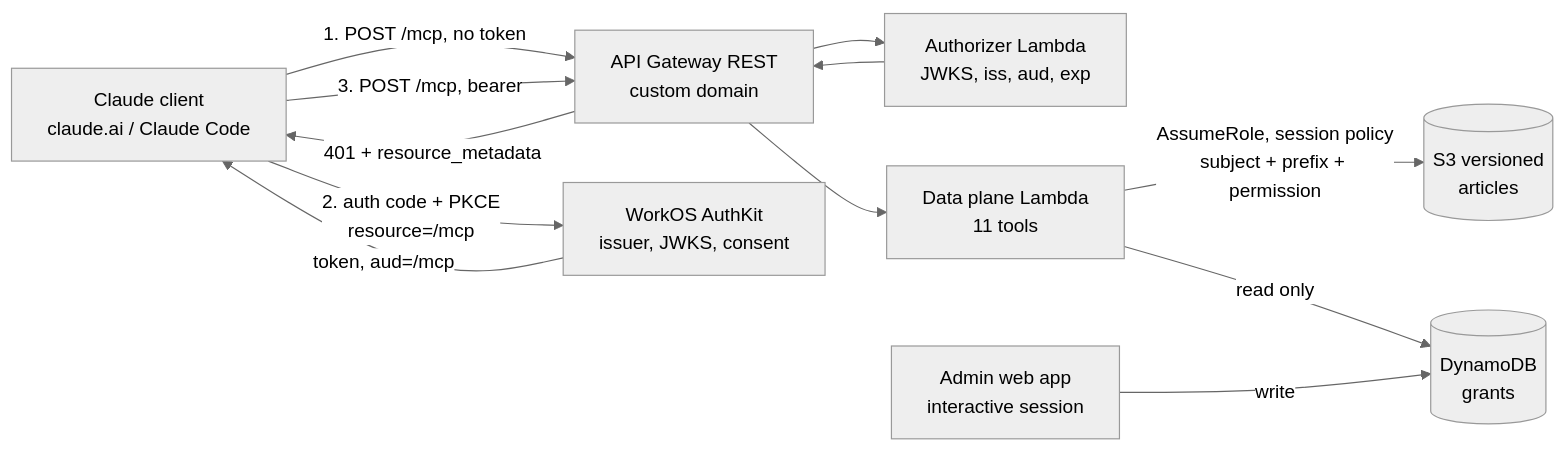
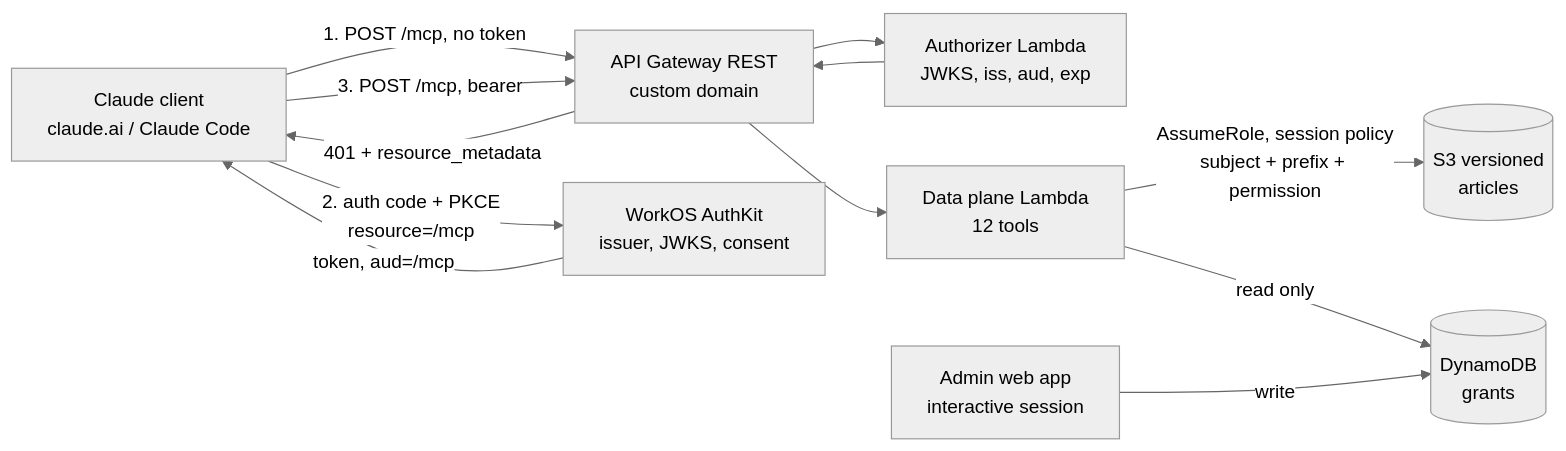
One commit to jfamestad/s3condbrain changed the diagram in docs/ARCHITECTURE.md. Above: the diagram before and after it, drawn with Mermaid (neutral theme). The commit also changed other lines of this file and 3 other files, not shown here.

````diff
--- a/docs/ARCHITECTURE.md
+++ b/docs/ARCHITECTURE.md
@@ -9,14 +9,14 @@
 ```mermaid
 flowchart LR
     C[Claude client<br/>claude.ai / Claude Code] -->|1. POST /mcp, no token| G[API Gateway REST<br/>custom domain]
     G -->|401 + resource_metadata| C
     C -->|2. auth code + PKCE<br/>resource=/mcp| W[WorkOS AuthKit<br/>issuer, JWKS, consent]
     W -->|token, aud=/mcp| C
     C -->|3. POST /mcp, bearer| G
     G --> A[Authorizer Lambda<br/>JWKS, iss, aud, exp]
     A --> G
-    G --> D[Data plane Lambda<br/>11 tools]
+    G --> D[Data plane Lambda<br/>12 tools]
     D -->|AssumeRole, session policy<br/>subject + prefix + permission| S[(S3 versioned<br/>articles)]
     D -->|read only| T[(DynamoDB<br/>grants)]
     X[Admin web app<br/>interactive session] -->|write| T
 ```
````
